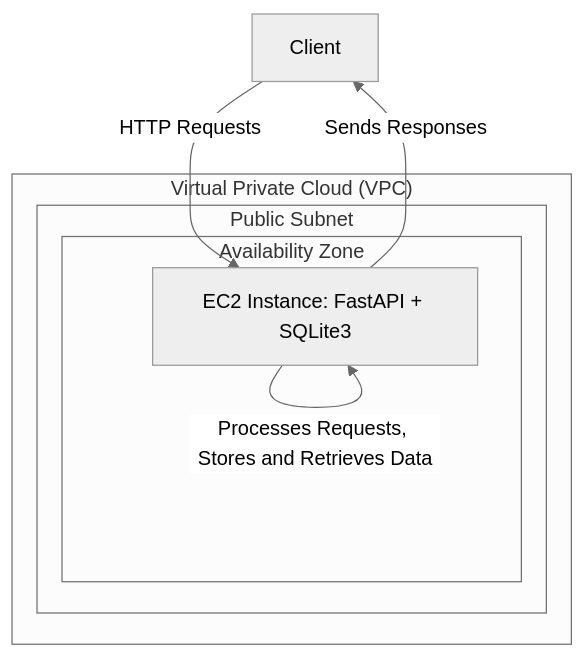
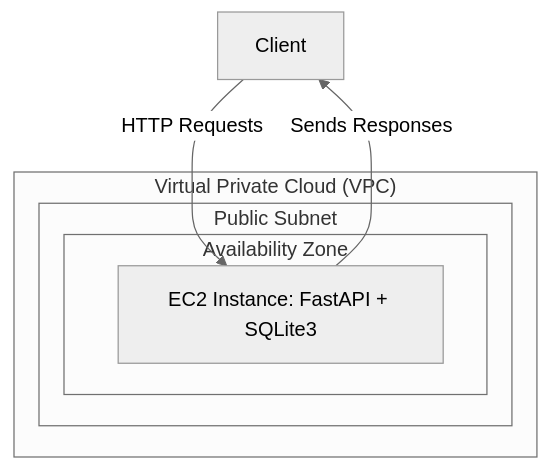
One commit to lvgalvao/fastapi-deploy-ec2 changed the diagram in README.md. Above: the diagram before and after it, drawn with Mermaid (neutral theme).

Commit message:
refatorando

````diff
--- a/README.md
+++ b/README.md
@@ -14,15 +14,14 @@
 ```mermaid
 graph TD
     A[Client] --> |HTTP Requests| B[EC2 Instance: FastAPI + SQLite3]
 
     subgraph VPC["Virtual Private Cloud (VPC)"]
         subgraph Subnet["Public Subnet"]
             subgraph AZ["Availability Zone"]
                 B[EC2 Instance: FastAPI + SQLite3]
             end
         end
     end
 
-    B --> |Processes Requests, Stores and Retrieves Data| B
     B --> |Sends Responses| A
 ```
````
